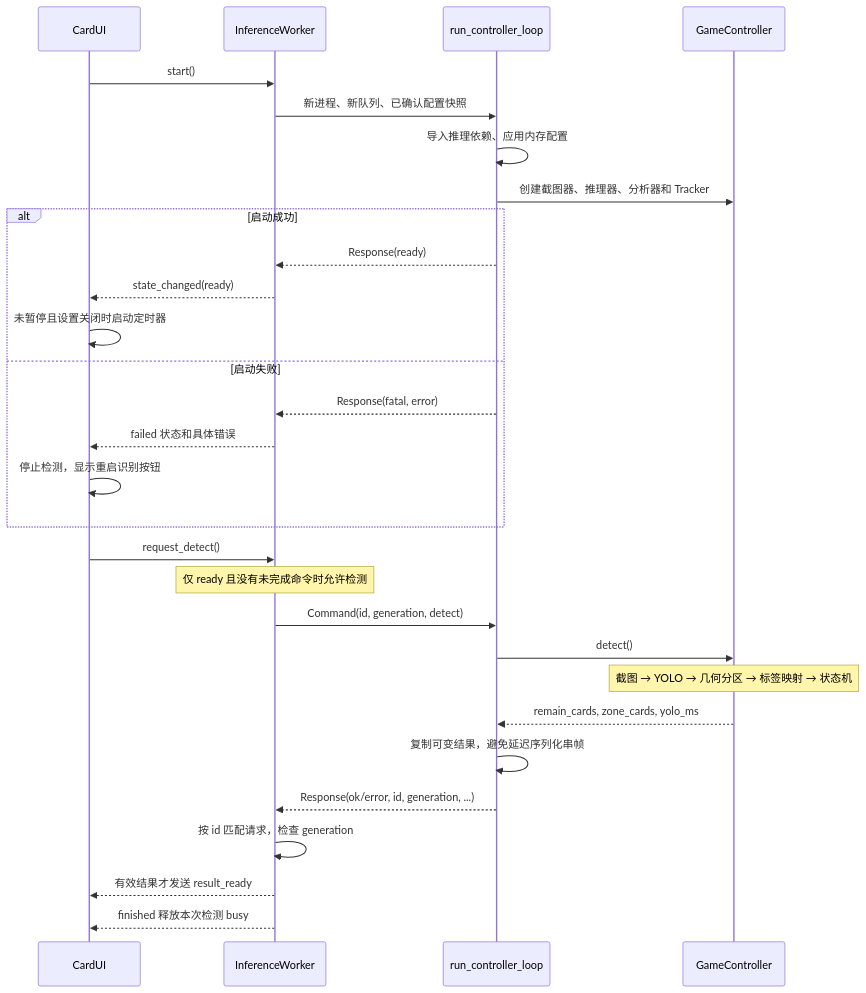
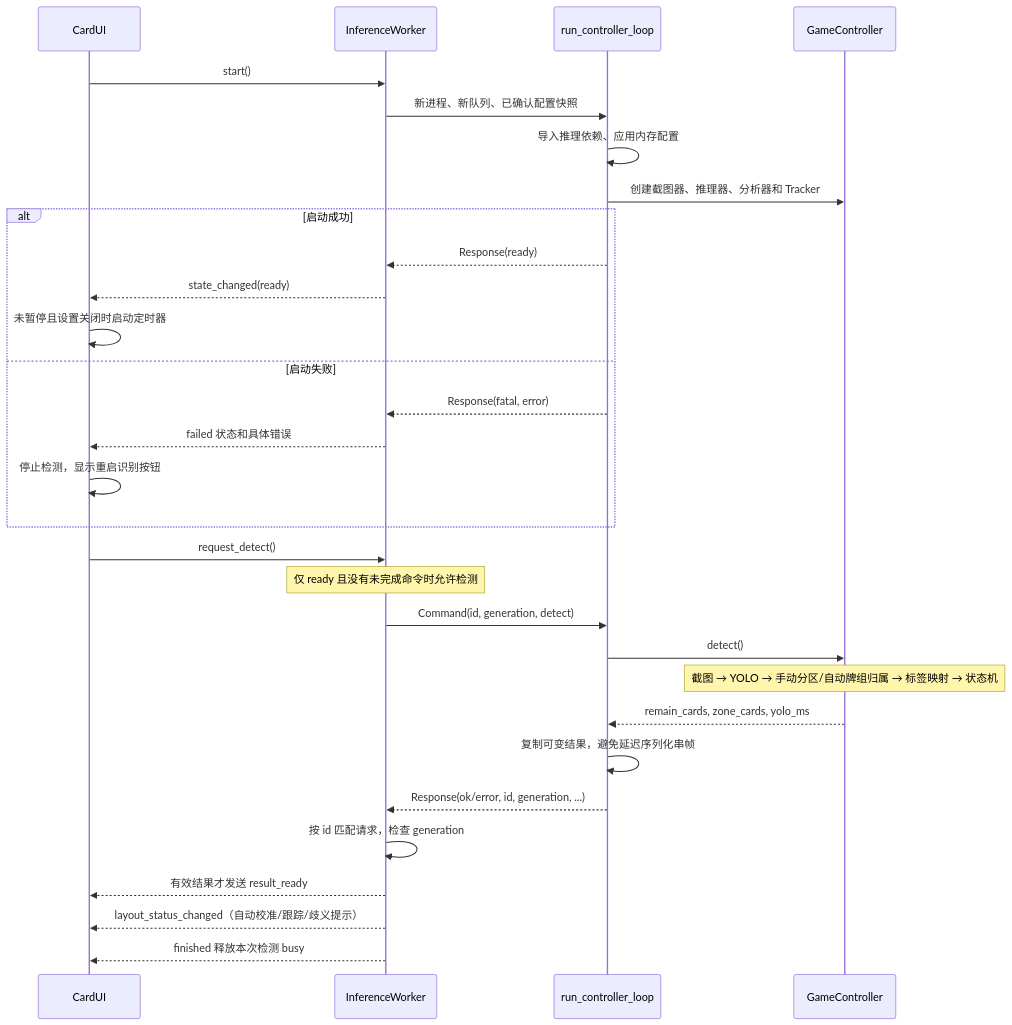
Before and after one commit to hey-three/han-card-tracker: the first of 3 diagrams in docs/sequence-diagram.md, drawn with Mermaid. The commit also changed 20 other files, not shown here.

````diff
--- a/docs/sequence-diagram.md
+++ b/docs/sequence-diagram.md
@@ -7,31 +7,32 @@
 ```mermaid
 sequenceDiagram
     participant UI as CardUI
     participant W as InferenceWorker
     participant P as run_controller_loop
     participant G as GameController
     UI->>W: start()
     W->>P: 新进程、新队列、已确认配置快照
     P->>P: 导入推理依赖、应用内存配置
     P->>G: 创建截图器、推理器、分析器和 Tracker
     alt 启动成功
         P-->>W: Response(ready)
         W-->>UI: state_changed(ready)
         UI->>UI: 未暂停且设置关闭时启动定时器
     else 启动失败
         P-->>W: Response(fatal, error)
         W-->>UI: failed 状态和具体错误
         UI->>UI: 停止检测，显示重启识别按钮
     end
     UI->>W: request_detect()
     Note over W: 仅 ready 且没有未完成命令时允许检测
     W->>P: Command(id, generation, detect)
     P->>G: detect()
-    Note over G: 截图 → YOLO → 几何分区 → 标签映射 → 状态机
+    Note over G: 截图 → YOLO → 手动分区/自动牌组归属 → 标签映射 → 状态机
     G-->>P: remain_cards, zone_cards, yolo_ms
     P->>P: 复制可变结果，避免延迟序列化串帧
     P-->>W: Response(ok/error, id, generation, ...)
     W->>W: 按 id 匹配请求，检查 generation
     W-->>UI: 有效结果才发送 result_ready
+    W-->>UI: layout_status_changed（自动校准/跟踪/歧义提示）
     W-->>UI: finished 释放本次检测 busy
 ```
````
